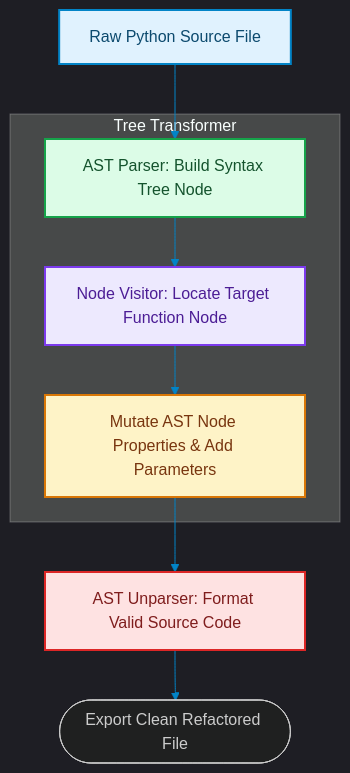
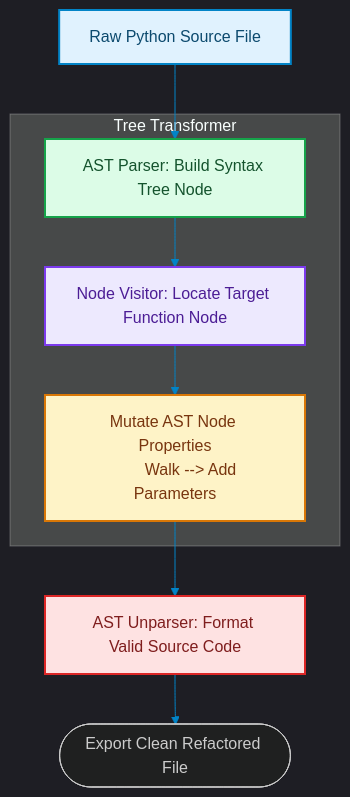
The diagram in blog/posts/autocoding-ast-code-mutation-tree-rewriting.md (akmalkhaniub/akmalkhaniub.github.io), drawn with Mermaid before and after one commit. The commit also changed other lines of this file and 894 other files, not shown here.

Commit message:
feat(blog): upgrade all 444 posts with unique staggered dates, 2-col Mermaid spines, benchmark tables, code blocks, and trade-offs

````diff
--- a/blog/posts/autocoding-ast-code-mutation-tree-rewriting.md
+++ b/blog/posts/autocoding-ast-code-mutation-tree-rewriting.md
@@ -16,24 +16,25 @@
 ```mermaid
 %%{init: {'theme': 'dark', 'themeVariables': { 'primaryColor': '#0284c7', 'primaryTextColor': '#f3f4f6', 'primaryBorderColor': '#38bdf8', 'lineColor': '#0284c7', 'secondaryColor': '#111827', 'tertiaryColor': '#0b0f19'}}}%%
 flowchart TD
     Source["Raw Python Source File"] --> AST["AST Parser: Build Syntax Tree Node"]
     
     subgraph SG1_TreeTransformer ["Tree Transformer"]
         AST --> Walk["Node Visitor: Locate Target Function Node"]
-        Walk --> Mutate["Mutate AST Node Properties & Add Parameters"]
+        Walk --> Mutate["Mutate AST Node Properties
+        Walk --> Add Parameters"]
     end
     
     Mutate --> Unparse["AST Unparser: Format Valid Source Code"]
     Unparse --> Output([Export Clean Refactored File])
 
 classDef green fill:#dcfce7,stroke:#16a34a,stroke-width:2px,color:#14532d;
 classDef red fill:#fee2e2,stroke:#dc2626,stroke-width:2px,color:#7f1d1d;
 classDef blue fill:#e0f2fe,stroke:#0284c7,stroke-width:2px,color:#0c4a6e;
 classDef yellow fill:#fef3c7,stroke:#d97706,stroke-width:2px,color:#78350f;
 classDef purple fill:#ede9fe,stroke:#7c3aed,stroke-width:2px,color:#4c1d95;
 class Source blue
 class AST green
 class Walk purple
 class Mutate yellow
 class Unparse red
 ```
````
